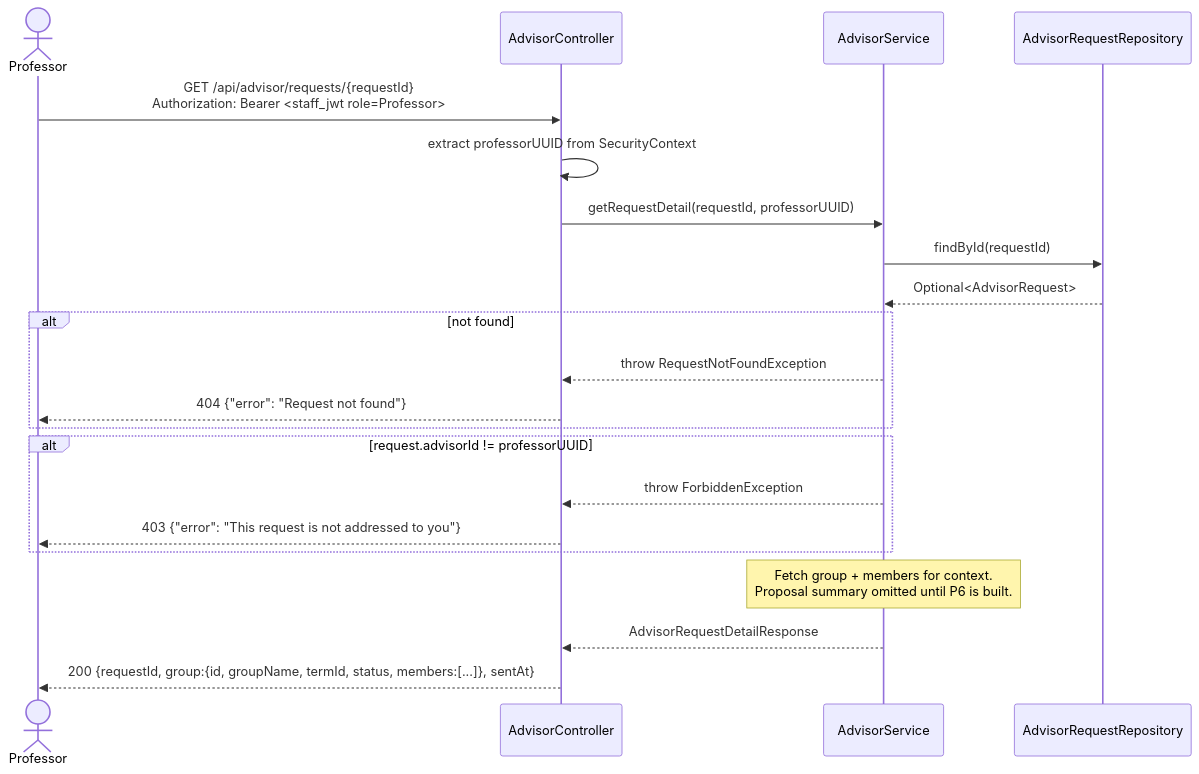
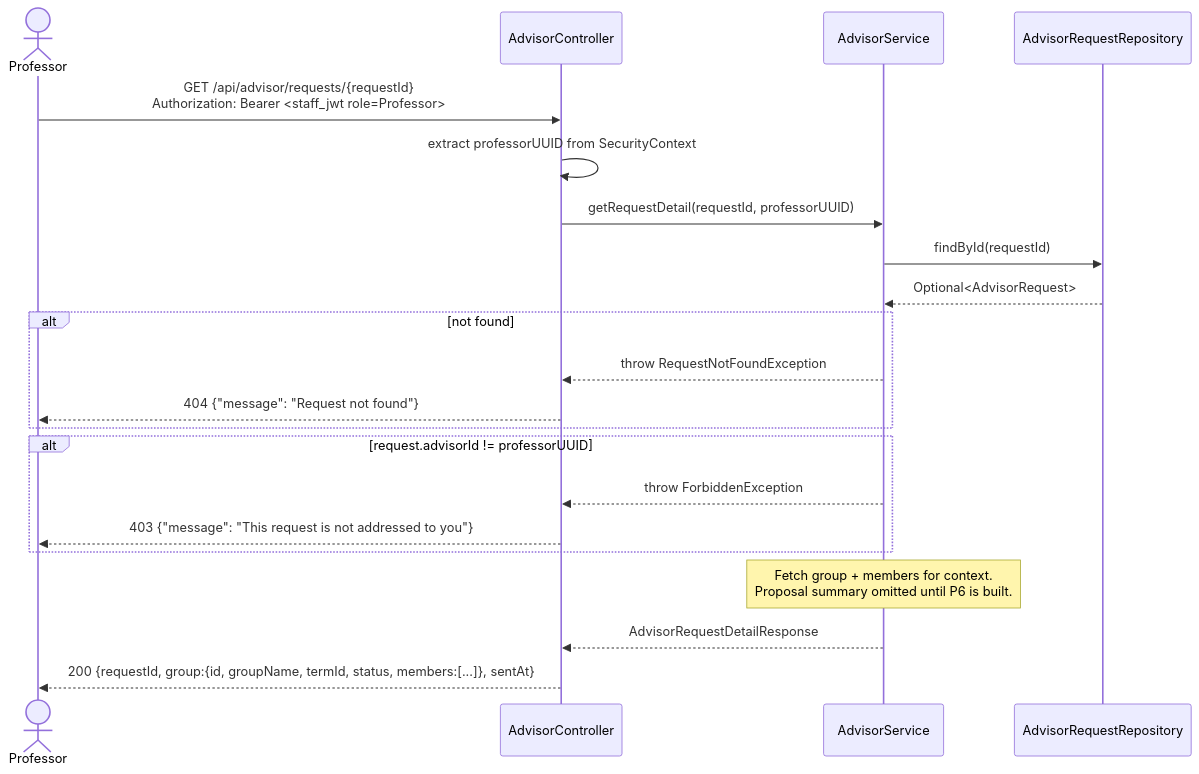
Before and after one commit to SE3318-Spring-2025-2026/senior-app-6: the second of 4 diagrams in docs/process3/sequences/3.2_3.3_advisor_respond_p3.md, drawn with Mermaid. The commit also changed other lines of this file and 27 other files, not shown here.

````diff
--- a/docs/process3/sequences/3.2_3.3_advisor_respond_p3.md
+++ b/docs/process3/sequences/3.2_3.3_advisor_respond_p3.md
@@ -39,29 +39,29 @@
 ```mermaid
 sequenceDiagram
     actor Professor
     participant AdvisorController
     participant AdvisorService
     participant AdvisorRequestRepository
 
     Professor->>AdvisorController: GET /api/advisor/requests/{requestId}<br/>Authorization: Bearer <staff_jwt role=Professor>
 
     AdvisorController->>AdvisorController: extract professorUUID from SecurityContext
     AdvisorController->>AdvisorService: getRequestDetail(requestId, professorUUID)
 
     AdvisorService->>AdvisorRequestRepository: findById(requestId)
     AdvisorRequestRepository-->>AdvisorService: Optional<AdvisorRequest>
 
     alt not found
         AdvisorService-->>AdvisorController: throw RequestNotFoundException
-        AdvisorController-->>Professor: 404 {"error": "Request not found"}
+        AdvisorController-->>Professor: 404 {"message": "Request not found"}
     end
 
     alt request.advisorId != professorUUID
         AdvisorService-->>AdvisorController: throw ForbiddenException
-        AdvisorController-->>Professor: 403 {"error": "This request is not addressed to you"}
+        AdvisorController-->>Professor: 403 {"message": "This request is not addressed to you"}
     end
 
     Note over AdvisorService: Fetch group + members for context.<br/>Proposal summary omitted until P6 is built.
     AdvisorService-->>AdvisorController: AdvisorRequestDetailResponse
     AdvisorController-->>Professor: 200 {requestId, group:{id, groupName, termId, status, members:[...]}, sentAt}
 ```
````
